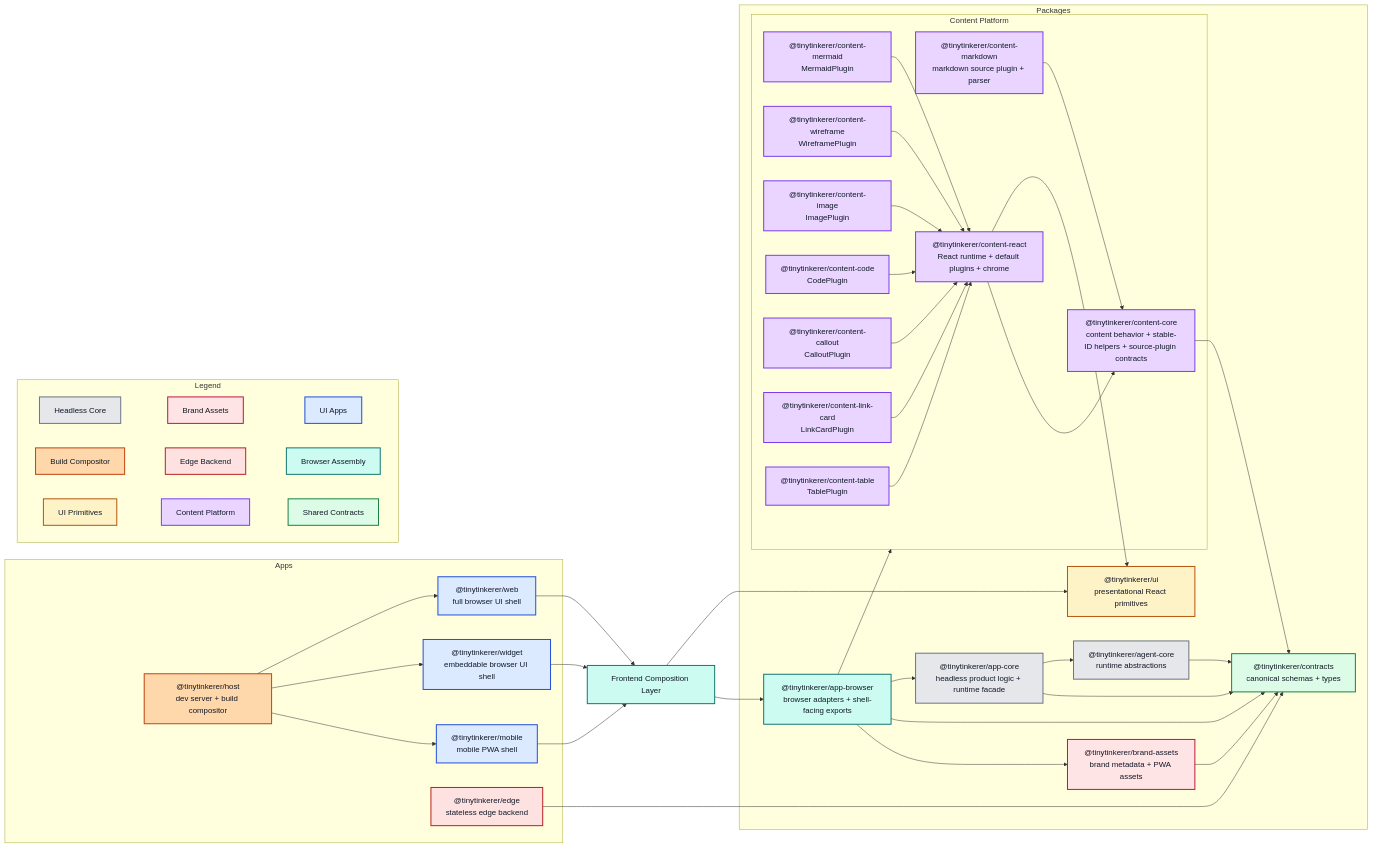
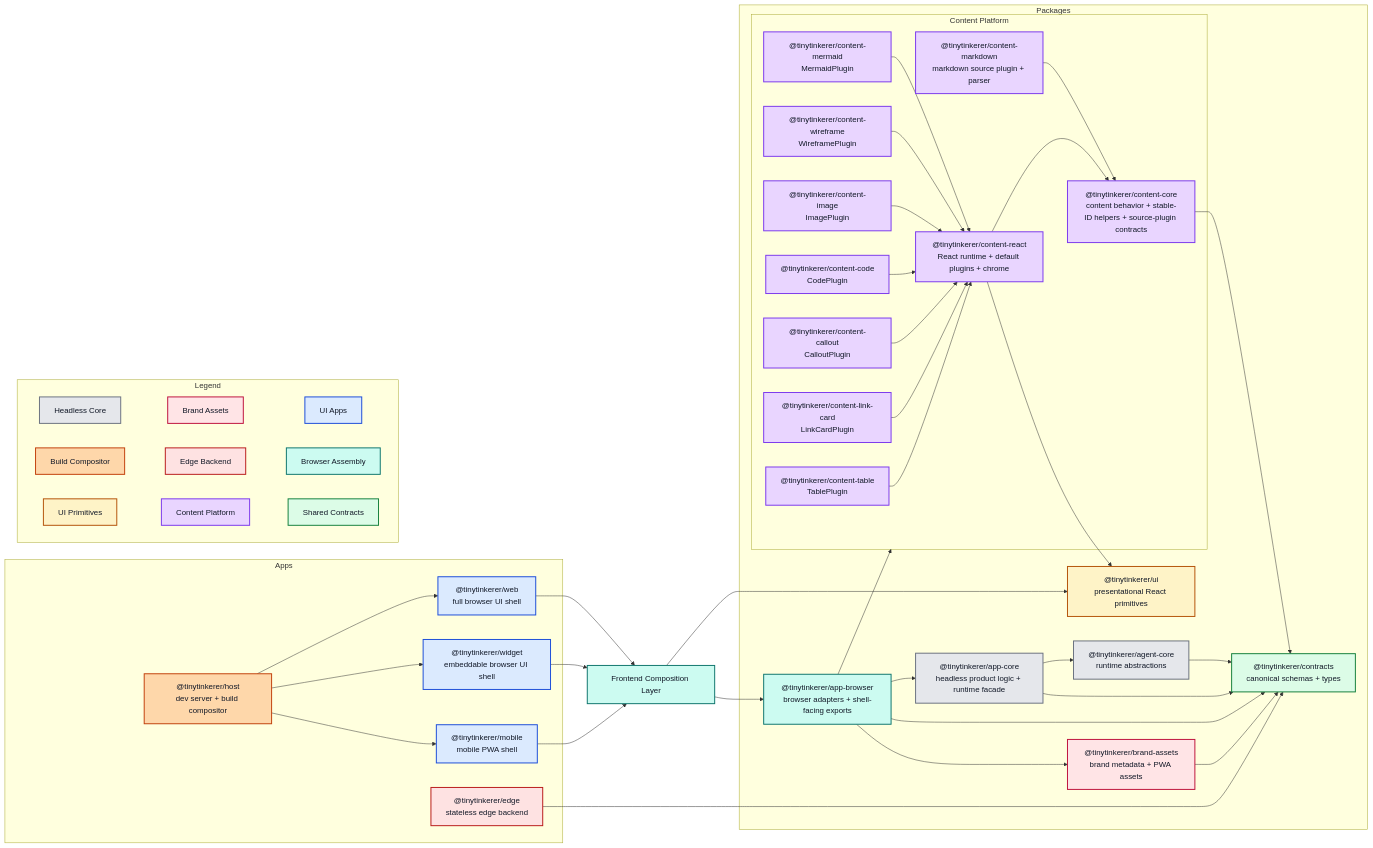
The diagram in docs/ARCHITECTURE.md (NNTin/tinytinkerer), drawn with Mermaid before and after one commit. The commit also changed other lines of this file, not shown here.

Commit message:
style: reorder mermaid arrow

```diff
--- a/docs/ARCHITECTURE.md
+++ b/docs/ARCHITECTURE.md
@@ -87,8 +87,8 @@
   appbrowser --> contracts
   appbrowser --> brand
 
+  contentreact --> contentcore
   contentreact --> ui
-  contentreact --> contentcore
 
   contentmarkdown --> contentcore
   contentmermaid --> contentreact
```
